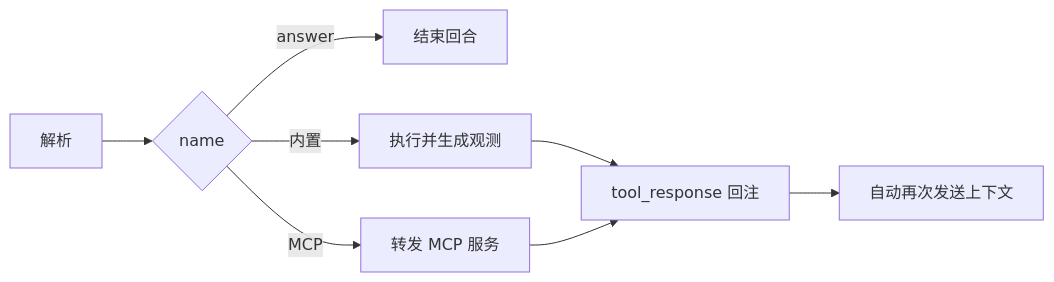
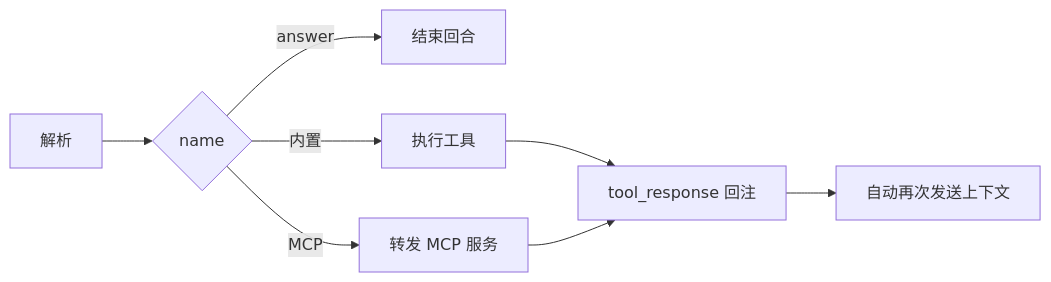
The sixth of 7 diagrams in docs/软件技术说明书.md (ylsdamxssjxxdd/eva), drawn with Mermaid before and after one commit. The commit also changed other lines of this file and 1 other file, not shown here.

````diff
--- a/docs/软件技术说明书.md
+++ b/docs/软件技术说明书.md
@@ -297,10 +223,10 @@
 ```mermaid
 flowchart LR
-  A[解析 <tool_call>]-->B{name}
-  B -->|answer| C[结束回合]
-  B -->|内置| D[执行并生成观测]
-  B -->|MCP| E[转发 MCP 服务]
-  D --> F[tool_response 回注]
-  E --> F
-  F --> G[自动再次发送上下文]
+  P[解析 <tool_call>]-->Q{name}
+  Q -->|answer| R[结束回合]
+  Q -->|内置| S[执行工具]
+  Q -->|MCP| T[转发 MCP 服务]
+  S --> U[tool_response 回注]
+  T --> U
+  U --> V[自动再次发送上下文]
 ```
````
